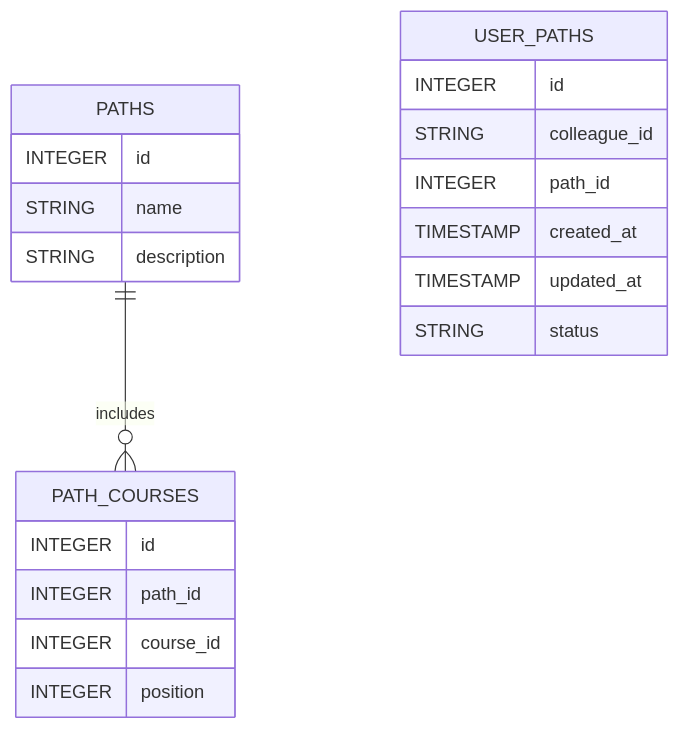
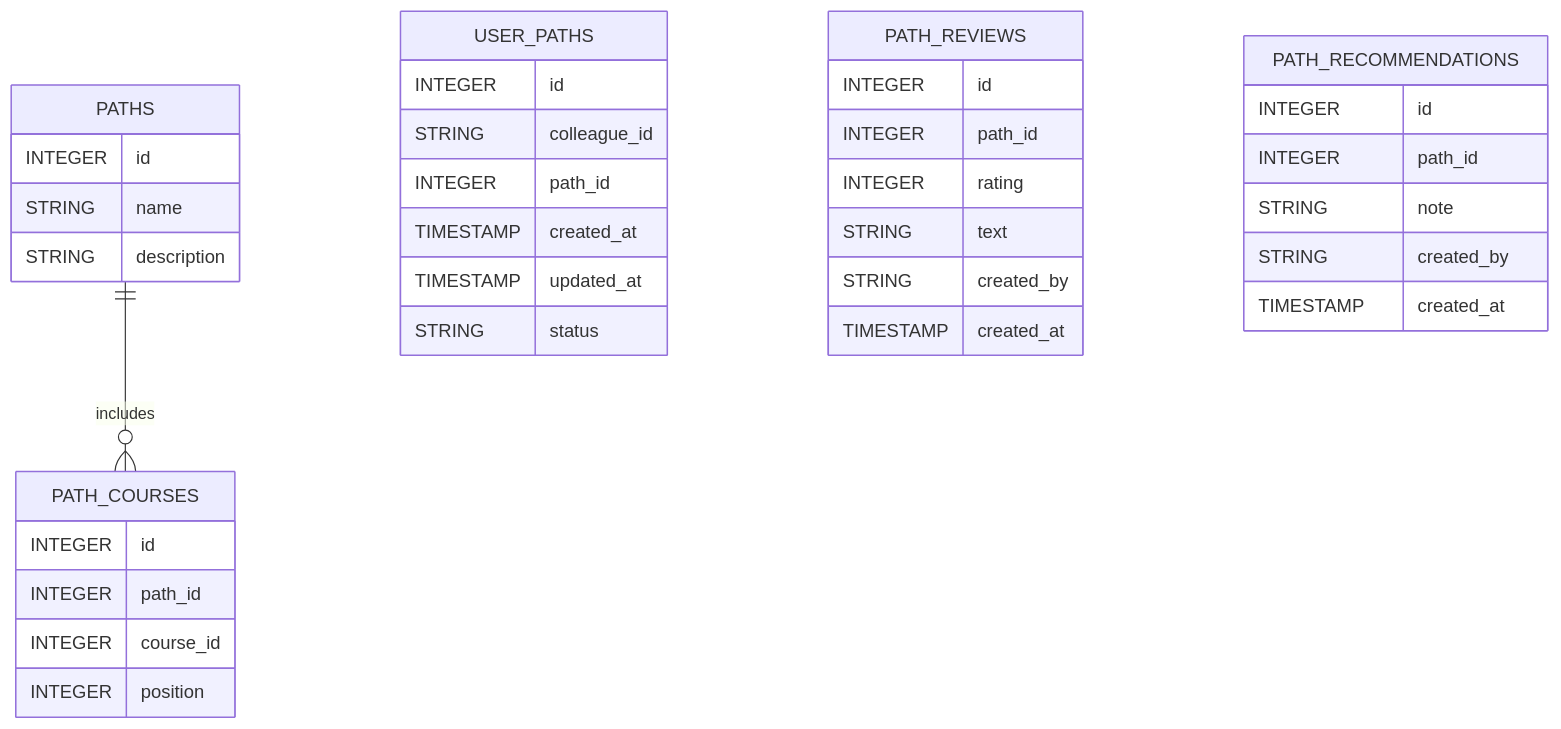
Before and after one commit to JustinMelger/Upstream: the tenth of 15 diagrams in docs/architecture_backend.md, drawn with Mermaid. The commit also changed other lines of this file and 58 other files, not shown here.

````diff
--- a/docs/architecture_backend.md
+++ b/docs/architecture_backend.md
@@ -382,23 +457,38 @@
 ```mermaid
 erDiagram
   PATHS ||--o{ PATH_COURSES : "includes"
   PATHS {
     INTEGER id
     STRING name
     STRING description
   }
   PATH_COURSES {
     INTEGER id
     INTEGER path_id
     INTEGER course_id
     INTEGER position
   }
   USER_PATHS {
     INTEGER id
     STRING colleague_id
     INTEGER path_id
     TIMESTAMP created_at
     TIMESTAMP updated_at
     STRING status
   }
+  PATH_REVIEWS {
+    INTEGER id
+    INTEGER path_id
+    INTEGER rating
+    STRING text
+    STRING created_by
+    TIMESTAMP created_at
+  }
+  PATH_RECOMMENDATIONS {
+    INTEGER id
+    INTEGER path_id
+    STRING note
+    STRING created_by
+    TIMESTAMP created_at
+  }
 ```
````
